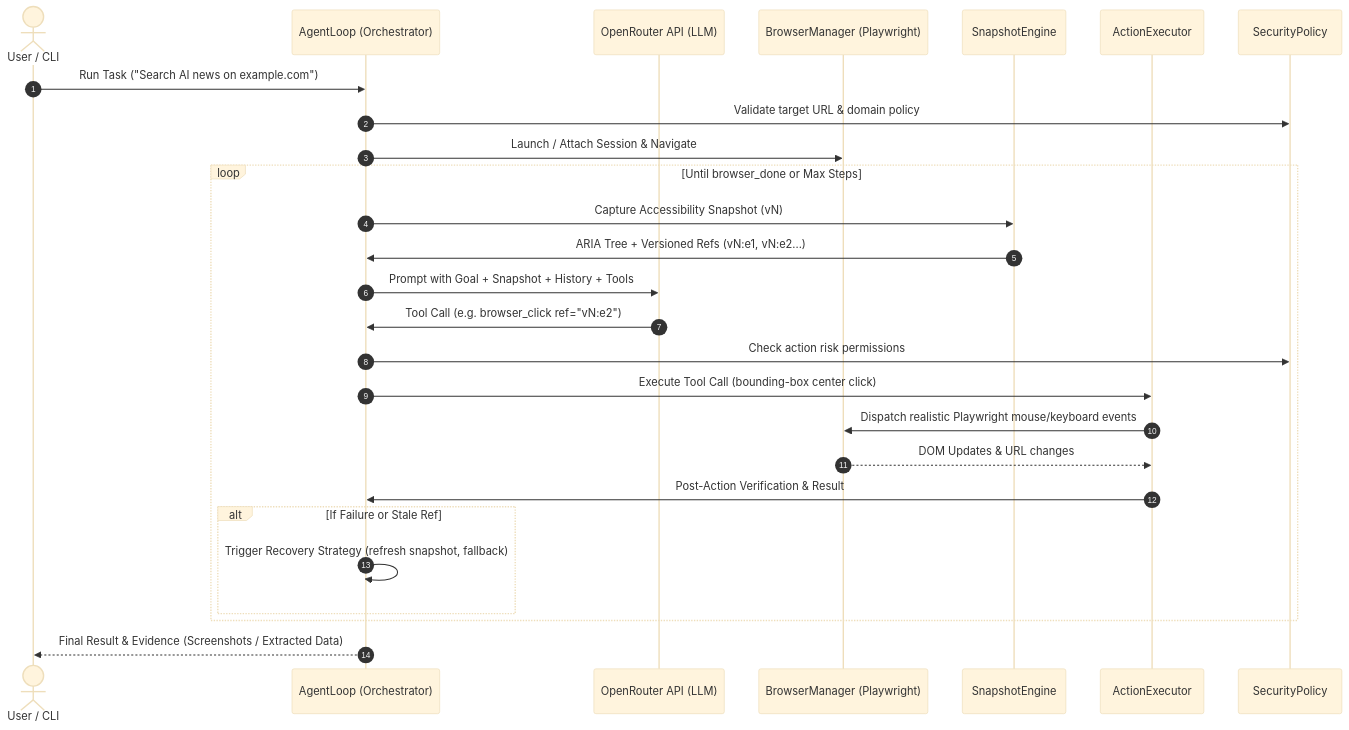
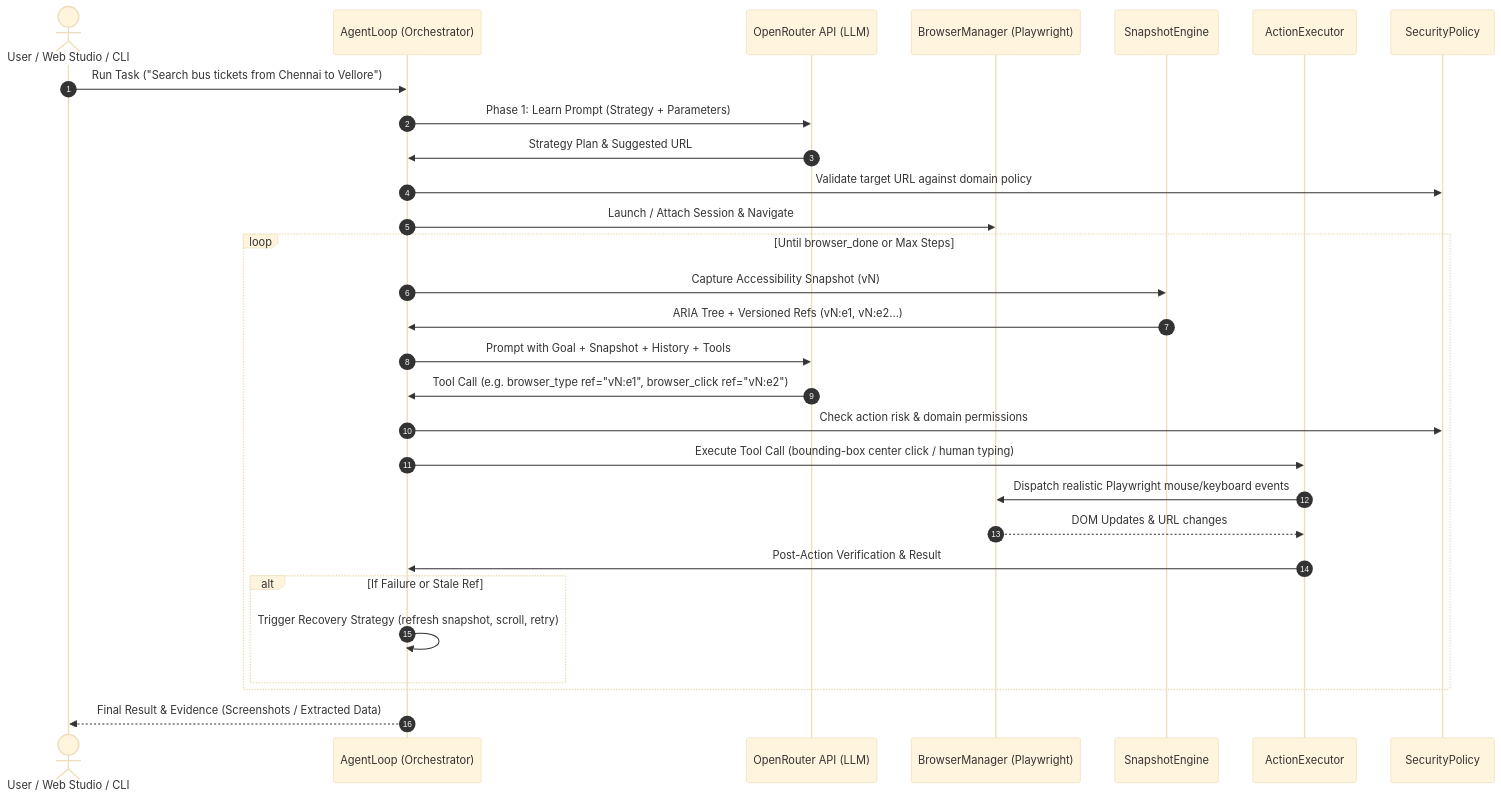
One commit to karthi11040/browser-agent changed the diagram in README.md. Above: the diagram before and after it, drawn with Mermaid (base theme). The commit also changed other lines of this file, not shown here.

Commit message:
docs: update and polish README with Web Studio guide, accurate repo links, and architecture flow

````diff
--- a/README.md
+++ b/README.md
@@ -52,30 +75,32 @@
 ```mermaid
 sequenceDiagram
   autonumber
-  actor User as User / CLI
+  actor User as User / Web Studio / CLI
   participant Agent as AgentLoop (Orchestrator)
   participant OpenRouter as OpenRouter API (LLM)
   participant Browser as BrowserManager (Playwright)
   participant Snapshot as SnapshotEngine
   participant Exec as ActionExecutor
   participant Security as SecurityPolicy
 
-  User->>Agent: Run Task ("Search AI news on example.com")
-  Agent->>Security: Validate target URL & domain policy
+  User->>Agent: Run Task ("Search bus tickets from Chennai to Vellore")
+  Agent->>OpenRouter: Phase 1: Learn Prompt (Strategy + Parameters)
+  OpenRouter->>Agent: Strategy Plan & Suggested URL
+  Agent->>Security: Validate target URL against domain policy
   Agent->>Browser: Launch / Attach Session & Navigate
   loop Until browser_done or Max Steps
     Agent->>Snapshot: Capture Accessibility Snapshot (vN)
     Snapshot->>Agent: ARIA Tree + Versioned Refs (vN:e1, vN:e2...)
     Agent->>OpenRouter: Prompt with Goal + Snapshot + History + Tools
-    OpenRouter->>Agent: Tool Call (e.g. browser_click ref="vN:e2")
-    Agent->>Security: Check action risk permissions
-    Agent->>Exec: Execute Tool Call (bounding-box center click)
+    OpenRouter->>Agent: Tool Call (e.g. browser_type ref="vN:e1", browser_click ref="vN:e2")
+    Agent->>Security: Check action risk & domain permissions
+    Agent->>Exec: Execute Tool Call (bounding-box center click / human typing)
     Exec->>Browser: Dispatch realistic Playwright mouse/keyboard events
     Browser-->>Exec: DOM Updates & URL changes
     Exec->>Agent: Post-Action Verification & Result
     alt If Failure or Stale Ref
-      Agent->>Agent: Trigger Recovery Strategy (refresh snapshot, fallback)
+      Agent->>Agent: Trigger Recovery Strategy (refresh snapshot, scroll, retry)
     end
   end
   Agent-->>User: Final Result & Evidence (Screenshots / Extracted Data)
 ```
````
